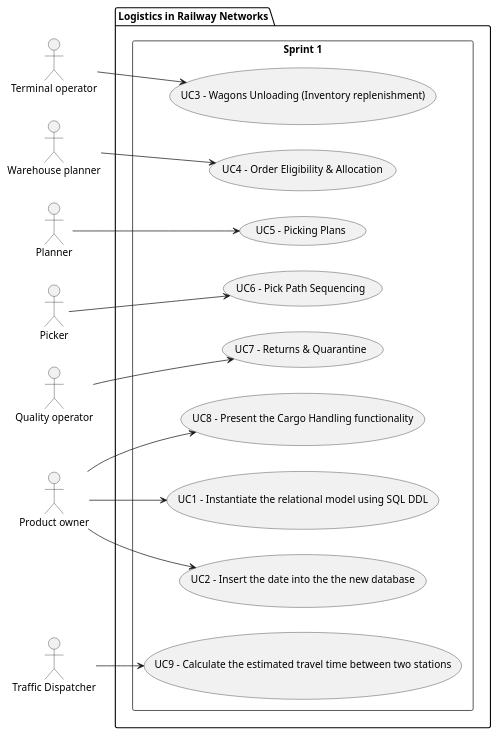
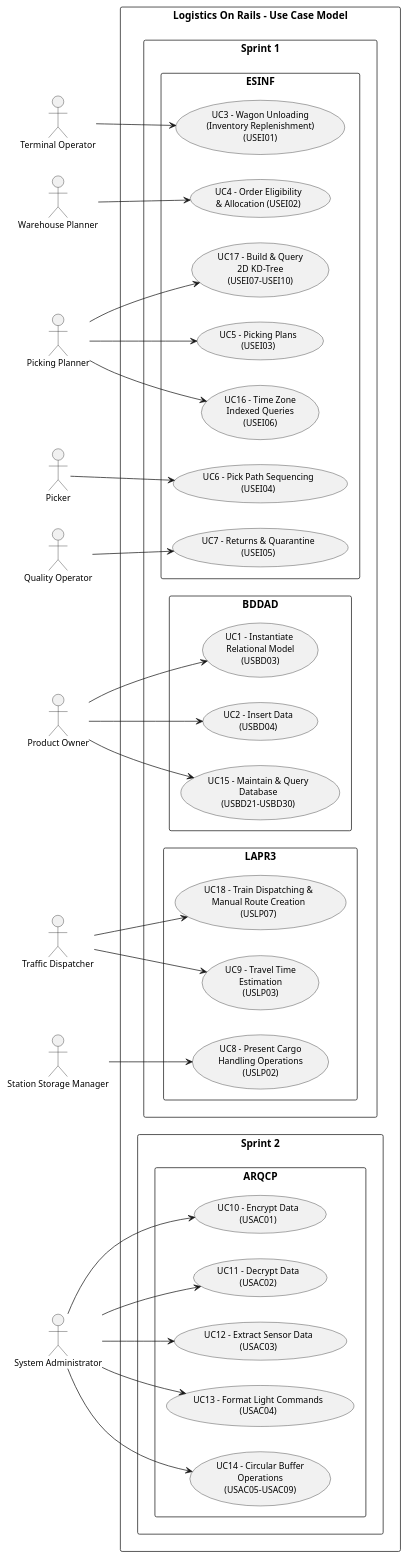
The diagram in doc/Sprint2/global-artifacts/01.requirements-engineering/use-case-diagram/puml/UCD.puml (DuartePinto1240/sem3-pi-25-26-g013-repo_final), drawn with PlantUML before and after one commit. The commit also changed 2 other files, not shown here.

```diff
--- a/doc/Sprint2/global-artifacts/01.requirements-engineering/use-case-diagram/puml/UCD.puml
+++ b/doc/Sprint2/global-artifacts/01.requirements-engineering/use-case-diagram/puml/UCD.puml
@@ -1,40 +1,87 @@
 @startuml
 left to right direction
+skinparam packageStyle rectangle
+skinparam usecaseFontSize 12
+skinparam actorFontSize 12
 
-actor TerminalOperator as "Terminal operator"
-actor WarehousePlanner as "Warehouse planner"
-actor Planner as "Planner"
+actor TerminalOperator as "Terminal Operator"
+actor WarehousePlanner as "Warehouse Planner"
+actor Planner as "Picking Planner"
 actor Picker as "Picker"
-actor QualityOperator as "Quality operator"
-actor ProductOwner as "Product owner"
+actor QualityOperator as "Quality Operator"
+actor ProductOwner as "Product Owner"
 actor TrafficDispatcher as "Traffic Dispatcher"
+actor StationStorageManager as "Station Storage Manager"
+actor SystemAdministrator as "System Administrator"
 
-package "Logistics in Railway Networks" {
-    rectangle "Sprint 1" {
+package "Logistics On Rails - Use Case Model" {
 
-        usecase "UC1 - Instantiate the relational model using SQL DDL" as UC1
-        usecase "UC2 - Insert the date into the the new database" as UC2
-        usecase "UC3 - Wagons Unloading (Inventory replenishment)" as UC3
-        usecase "UC4 - Order Eligibility & Allocation" as UC4
-        usecase "UC5 - Picking Plans" as UC5
-        usecase "UC6 - Pick Path Sequencing" as UC6
-        usecase "UC7 - Returns & Quarantine" as UC7
-        usecase "UC8 - Present the Cargo Handling functionality" as UC8
-        usecase "UC9 - Calculate the estimated travel time between two stations" as UC9
+    package "Sprint 1" {
 
+        package "BDDAD" {
+            usecase "UC1 - Instantiate \nRelational Model\n(USBD03)" as UC1
+            usecase "UC2 - Insert Data\n(USBD04)" as UC2
+        }
+
+        package "ESINF" {
+            usecase "UC3 - Wagon Unloading\n(Inventory Replenishment)\n(USEI01)" as UC3
+            usecase "UC4 - Order Eligibility\n& Allocation (USEI02)" as UC4
+            usecase "UC5 - Picking Plans\n(USEI03)" as UC5
+            usecase "UC6 - Pick Path Sequencing\n(USEI04)" as UC6
+            usecase "UC7 - Returns & Quarantine\n(USEI05)" as UC7
+        }
+
+        package "LAPR3" {
+            usecase "UC8 - Present Cargo\nHandling Operations\n(USLP02)" as UC8
+            usecase "UC9 - Travel Time\nEstimation\n(USLP03)" as UC9
+        }
+    }
+
+    package "Sprint 2" {
+
+        package "ARQCP" {
+            usecase "UC10 - Encrypt Data\n(USAC01)" as UC10
+            usecase "UC11 - Decrypt Data\n(USAC02)" as UC11
+            usecase "UC12 - Extract Sensor Data\n(USAC03)" as UC12
+            usecase "UC13 - Format Light Commands\n(USAC04)" as UC13
+            usecase "UC14 - Circular Buffer\nOperations\n(USAC05–USAC09)" as UC14
+        }
+
+        package "BDDAD" {
+            usecase "UC15 - Maintain & Query\nDatabase\n(USBD21–USBD30)" as UC15
+        }
+
+        package "ESINF" {
+            usecase "UC16 - Time Zone\nIndexed Queries\n(USEI06)" as UC16
+            usecase "UC17 - Build & Query\n2D KD-Tree\n(USEI07–USEI10)" as UC17
+        }
+
+        package "LAPR3" {
+            usecase "UC18 - Train Dispatching &\nManual Route Creation\n(USLP07)" as UC18
+        }
     }
 }
 
-
-' Associations
+' Sprint 1 Relationships
 ProductOwner --> UC1
 ProductOwner --> UC2
 TerminalOperator --> UC3
 WarehousePlanner --> UC4
 Planner --> UC5
 Picker --> UC6
 QualityOperator --> UC7
-ProductOwner --> UC8
+StationStorageManager --> UC8
 TrafficDispatcher --> UC9
 
+' Sprint 2 Relationships
+SystemAdministrator --> UC10
+SystemAdministrator --> UC11
+SystemAdministrator --> UC12
+SystemAdministrator --> UC13
+SystemAdministrator --> UC14
+ProductOwner --> UC15
+Planner --> UC16
+Planner --> UC17
+TrafficDispatcher --> UC18
+
 @enduml
```
